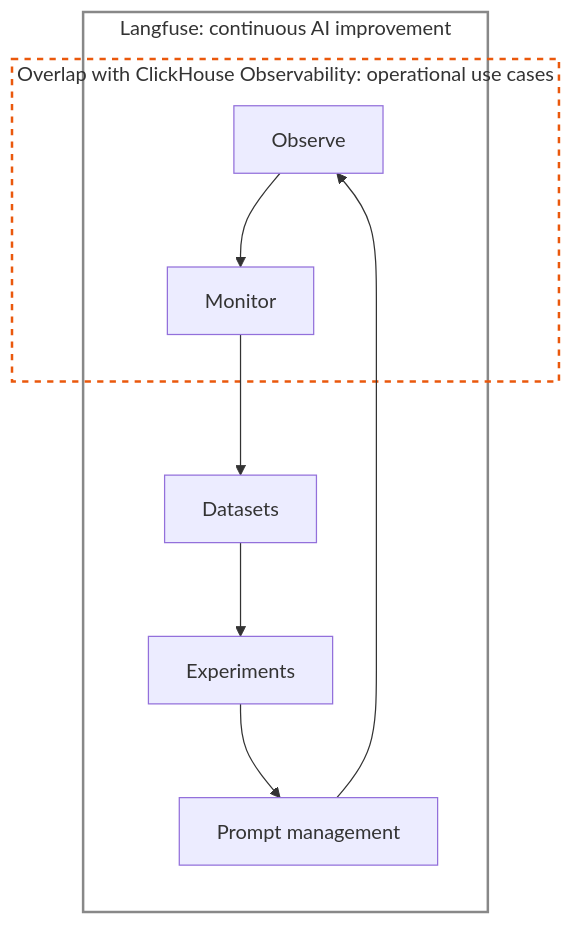
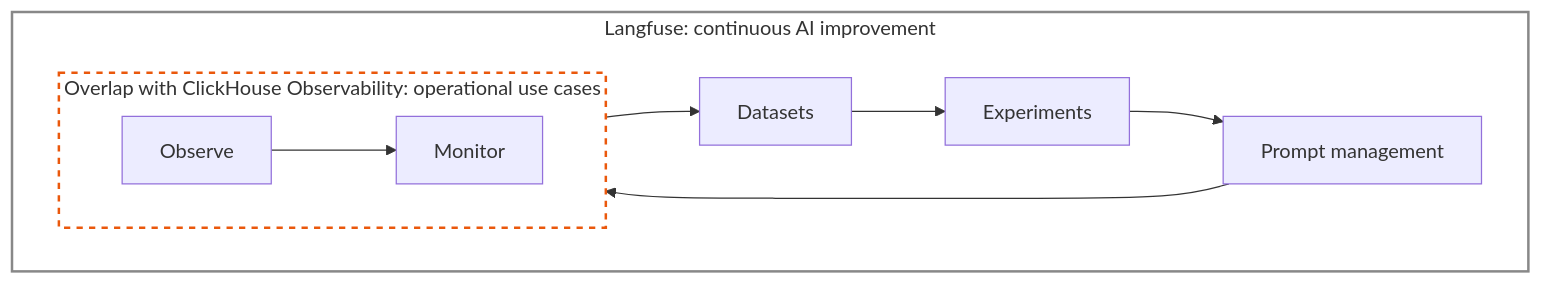
Before and after one commit to langfuse/langfuse-docs: the first of 2 diagrams in content/integrations/clickhouse/observability.mdx, drawn with Mermaid. The commit also changed other lines of this file, not shown here.

Commit message:
Lay out ClickHouse Observability mermaid diagrams horizontally
Force left-to-right flow on both diagrams, including nested subgraphs that were stacking vertically.

````diff
--- a/content/integrations/clickhouse/observability.mdx
+++ b/content/integrations/clickhouse/observability.mdx
@@ -18,17 +18,19 @@
 ```mermaid
 flowchart LR
     subgraph langfuse_loop["Langfuse: continuous AI improvement"]
+        direction LR
         subgraph operational_overlap["Overlap with ClickHouse Observability: operational use cases"]
+            direction LR
             observe["Observe"] --> monitor["Monitor"]
         end
         monitor --> datasets["Datasets"]
         datasets --> experiments["Experiments"]
         experiments --> prompts["Prompt management"]
         prompts --> observe
     end
 
     classDef loopBox fill:none,stroke:#888,stroke-width:2px
     classDef overlapBox fill:none,stroke:#ea580c,stroke-width:2px,stroke-dasharray:5 5
     class langfuse_loop loopBox
     class operational_overlap overlapBox
 ```
````
